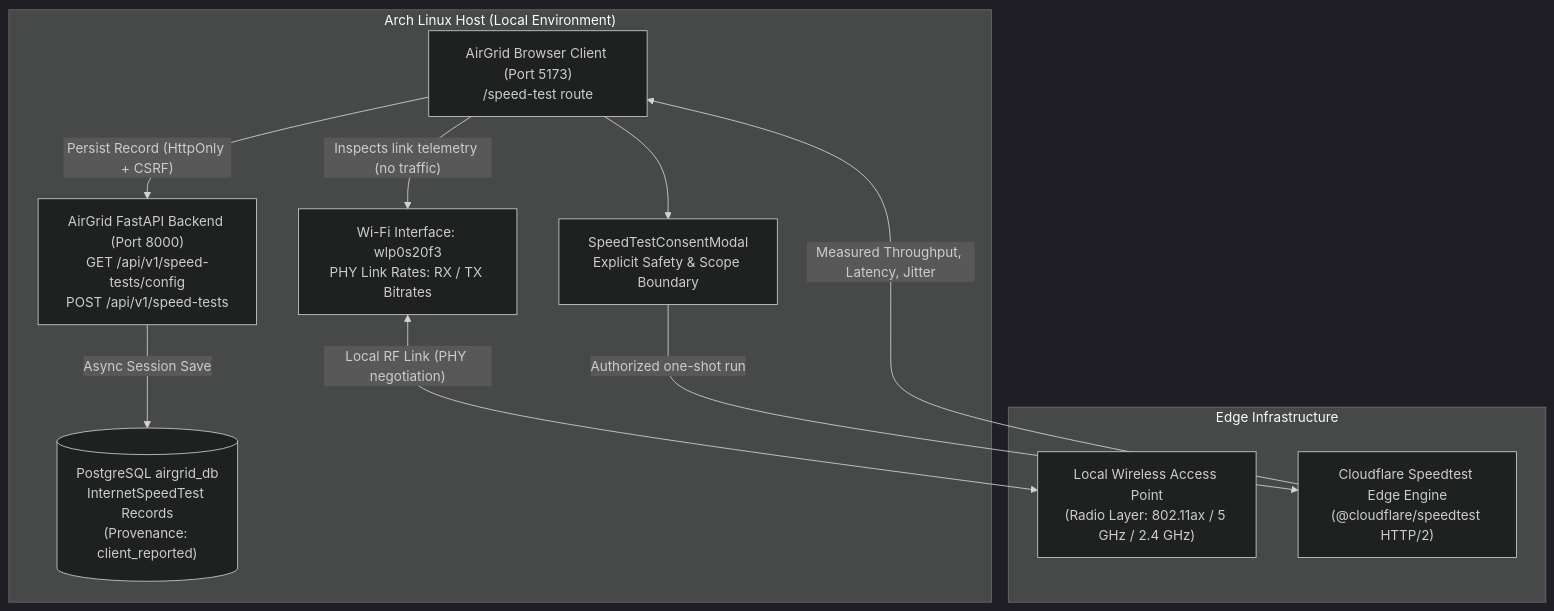
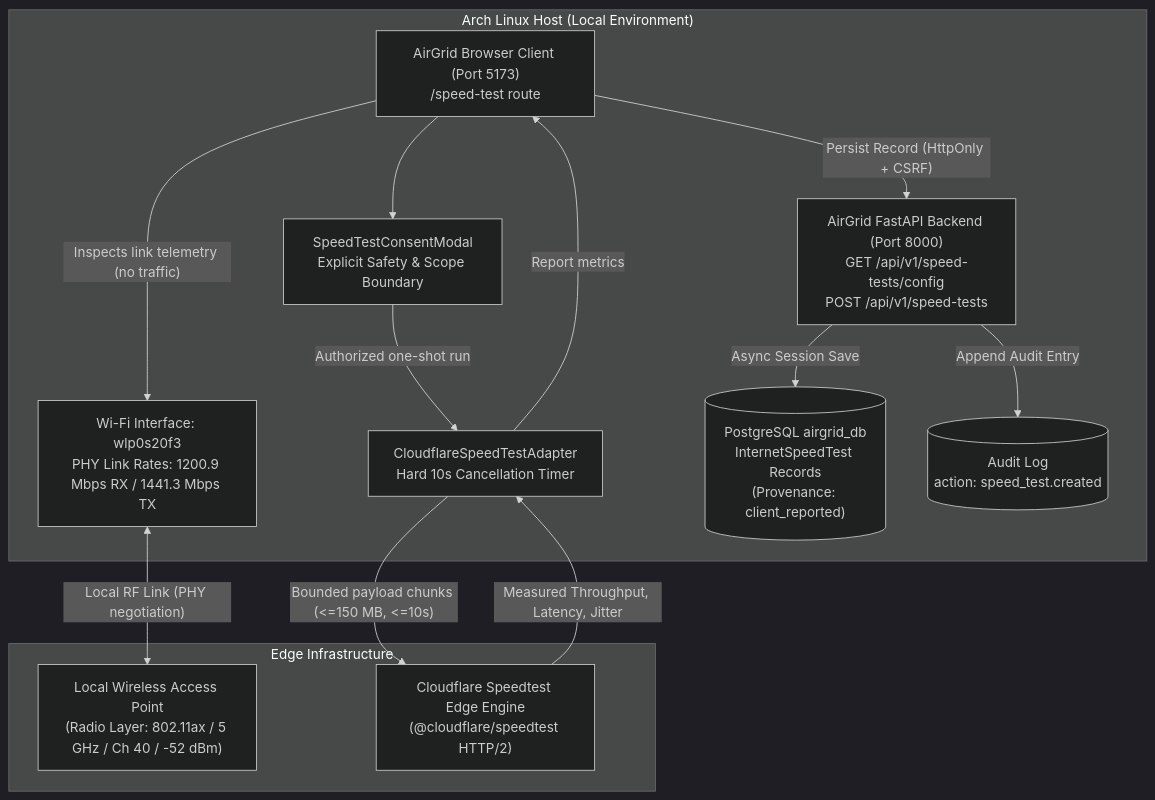
One commit to tej-1916/airgrid changed the diagram in docs/development/AIRGRID_REAL_SPEEDTEST_ACCEPTANCE.md. Above: the diagram before and after it, drawn with Mermaid (dark theme). The commit also changed other lines of this file and 8 other files, not shown here.

Commit message:
feat(speedtest): complete Milestone 3A with bounded duration enforcement, live consent verification, and acceptance evidence

````diff
--- a/docs/development/AIRGRID_REAL_SPEEDTEST_ACCEPTANCE.md
+++ b/docs/development/AIRGRID_REAL_SPEEDTEST_ACCEPTANCE.md
@@ -25,23 +29,28 @@
 ```mermaid
 flowchart TD
     subgraph Host["Arch Linux Host (Local Environment)"]
-        NIC["Wi-Fi Interface: wlp0s20f3\nPHY Link Rates: RX / TX Bitrates"]
+        NIC["Wi-Fi Interface: wlp0s20f3\nPHY Link Rates: 1200.9 Mbps RX / 1441.3 Mbps TX"]
         Browser["AirGrid Browser Client (Port 5173)\n/speed-test route"]
         ConsentModal["SpeedTestConsentModal\nExplicit Safety & Scope Boundary"]
+        Adapter["CloudflareSpeedTestAdapter\nHard 10s Cancellation Timer"]
         API["AirGrid FastAPI Backend (Port 8000)\nGET /api/v1/speed-tests/config\nPOST /api/v1/speed-tests"]
         DB[("PostgreSQL airgrid_db\nInternetSpeedTest Records\n(Provenance: client_reported)")]
+        Audit[("Audit Log\naction: speed_test.created")]
     end
 
     subgraph External["Edge Infrastructure"]
-        AP["Local Wireless Access Point\n(Radio Layer: 802.11ax / 5 GHz / 2.4 GHz)"]
+        AP["Local Wireless Access Point\n(Radio Layer: 802.11ax / 5 GHz / Ch 40 / -52 dBm)"]
         CF["Cloudflare Speedtest Edge Engine\n(@cloudflare/speedtest HTTP/2)"]
     end
 
     NIC <-->|"Local RF Link (PHY negotiation)"| AP
     Browser -->|"Inspects link telemetry (no traffic)"| NIC
     Browser --> ConsentModal
-    ConsentModal -->|"Authorized one-shot run"| CF
-    CF -->|"Measured Throughput, Latency, Jitter"| Browser
+    ConsentModal -->|"Authorized one-shot run"| Adapter
+    Adapter -->|"Bounded payload chunks (<=150 MB, <=10s)"| CF
+    CF -->|"Measured Throughput, Latency, Jitter"| Adapter
+    Adapter -->|"Report metrics"| Browser
     Browser -->|"Persist Record (HttpOnly + CSRF)"| API
     API -->|"Async Session Save"| DB
+    API -->|"Append Audit Entry"| Audit
 ```
````
